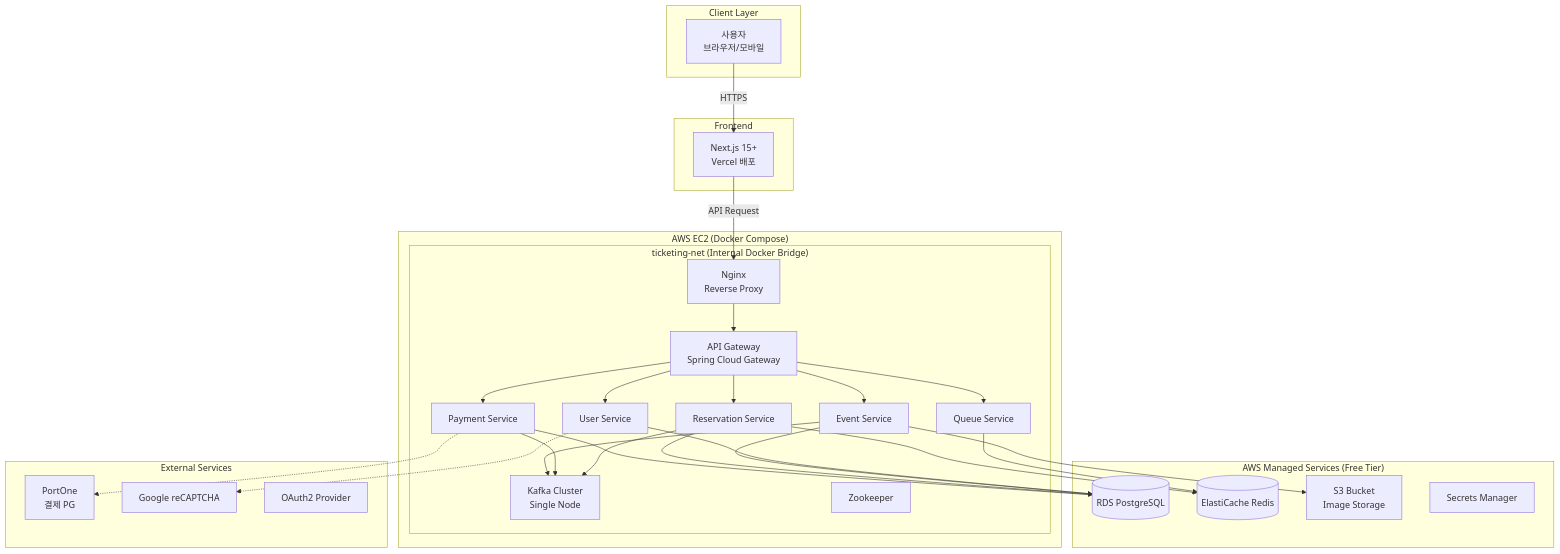
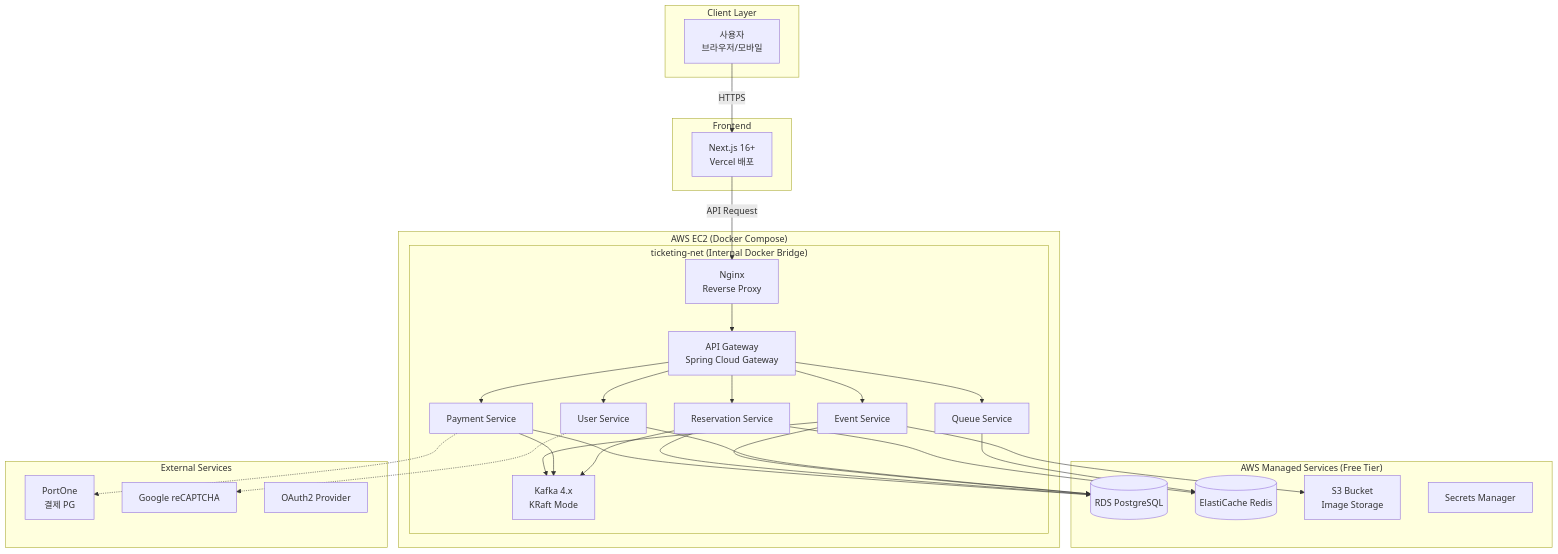
The diagram in docs/architecture/03_infrastructure.md (paircoders/ticket-queue), drawn with Mermaid before and after one commit. The commit also changed other lines of this file and 8 other files, not shown here.

````diff
--- a/docs/architecture/03_infrastructure.md
+++ b/docs/architecture/03_infrastructure.md
@@ -12,64 +12,63 @@
 ```mermaid
 graph TB
     subgraph "Client Layer"
         User[사용자<br/>브라우저/모바일]
     end
 
     subgraph "Frontend"
-        NextJS[Next.js 15+<br/>Vercel 배포]
+        NextJS[Next.js 16+<br/>Vercel 배포]
     end
 
     subgraph "AWS Managed Services (Free Tier)"
         RDS[(RDS PostgreSQL)]
         Redis[(ElastiCache Redis)]
         S3[S3 Bucket<br/>Image Storage]
         Secrets[Secrets Manager]
     end
 
     subgraph "AWS EC2 (Docker Compose)"
         subgraph "ticketing-net (Internal Docker Bridge)"
             Nginx[Nginx<br/>Reverse Proxy]
             SCG[API Gateway<br/>Spring Cloud Gateway]
             
             User_Svc[User Service]
             Event_Svc[Event Service]
             Queue_Svc[Queue Service]
             Reservation_Svc[Reservation Service]
             Payment_Svc[Payment Service]
 
-            Kafka[Kafka Cluster<br/>Single Node]
-            Zookeeper[Zookeeper]
+            Kafka[Kafka 4.x<br/>KRaft Mode]
         end
     end
 
     subgraph "External Services"
         PortOne[PortOne<br/>결제 PG]
         reCAPTCHA[Google reCAPTCHA]
         OAuth2[OAuth2 Provider]
     end
 
     User -->|HTTPS| NextJS
     NextJS -->|API Request| Nginx
     Nginx --> SCG
     SCG --> User_Svc
     SCG --> Event_Svc
     SCG --> Queue_Svc
     SCG --> Reservation_Svc
     SCG --> Payment_Svc
 
     Reservation_Svc --> Kafka
     Payment_Svc --> Kafka
     Event_Svc --> Kafka
 
     User_Svc -.-> reCAPTCHA
     Payment_Svc -.-> PortOne
 
     User_Svc --> RDS
     Event_Svc --> RDS
     Queue_Svc --> Redis
     Reservation_Svc --> Redis
     Reservation_Svc --> RDS
     Payment_Svc --> RDS
     
     Event_Svc --> S3
 ```
````
